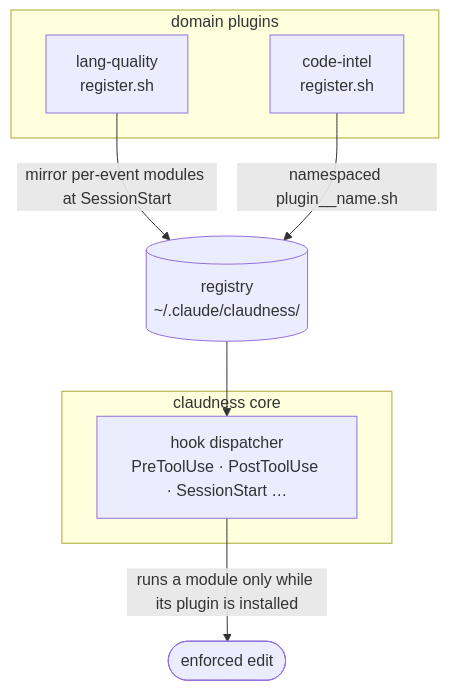
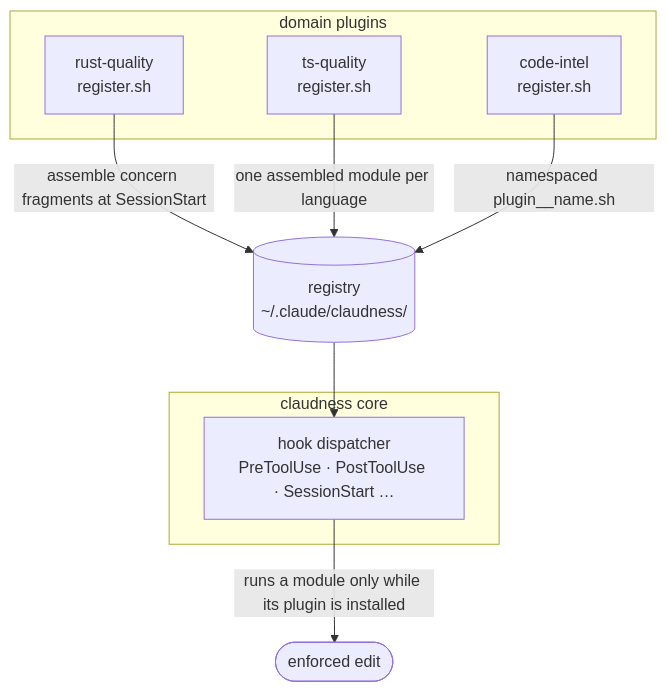
Before and after one commit to Falconiere/claudness: the second of 2 diagrams in README.md, drawn with Mermaid. The commit also changed other lines of this file and 71 other files, not shown here.

First line of the commit message:
refactor(plugins): split lang-quality into rust-quality + ts-quality

````diff
--- a/README.md
+++ b/README.md
@@ -135,14 +137,16 @@
 ```mermaid
 flowchart TD
     subgraph core["claudness core"]
         D["hook dispatcher<br/>PreToolUse · PostToolUse · SessionStart …"]
     end
     subgraph plugins["domain plugins"]
-        LQ["lang-quality<br/>register.sh"]
+        RQ["rust-quality<br/>register.sh"]
+        TQ["ts-quality<br/>register.sh"]
         CI["code-intel<br/>register.sh"]
     end
-    LQ -- "mirror per-event modules at SessionStart" --> R[("registry<br/>~/.claude/claudness/")]
+    RQ -- "assemble concern fragments at SessionStart" --> R[("registry<br/>~/.claude/claudness/")]
+    TQ -- "one assembled module per language" --> R
     CI -- "namespaced plugin__name.sh" --> R
     R --> D
     D -- "runs a module only while its plugin is installed" --> OUT([enforced edit])
 ```
````
